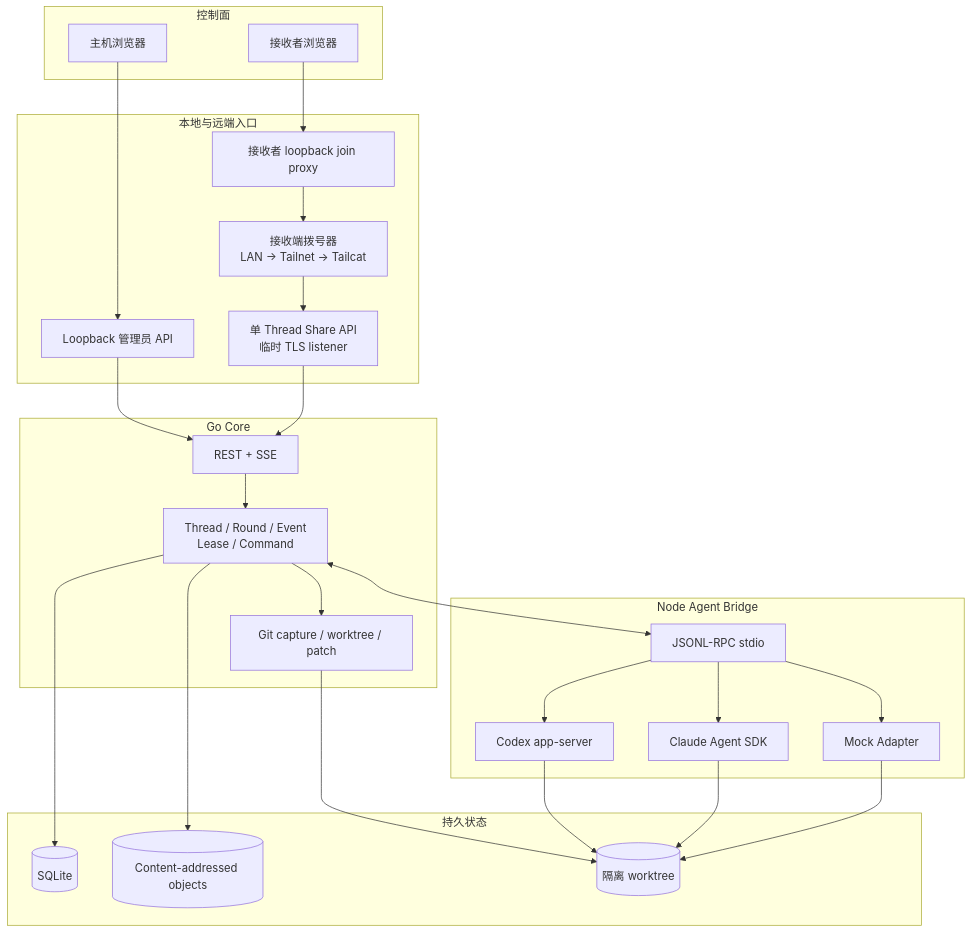
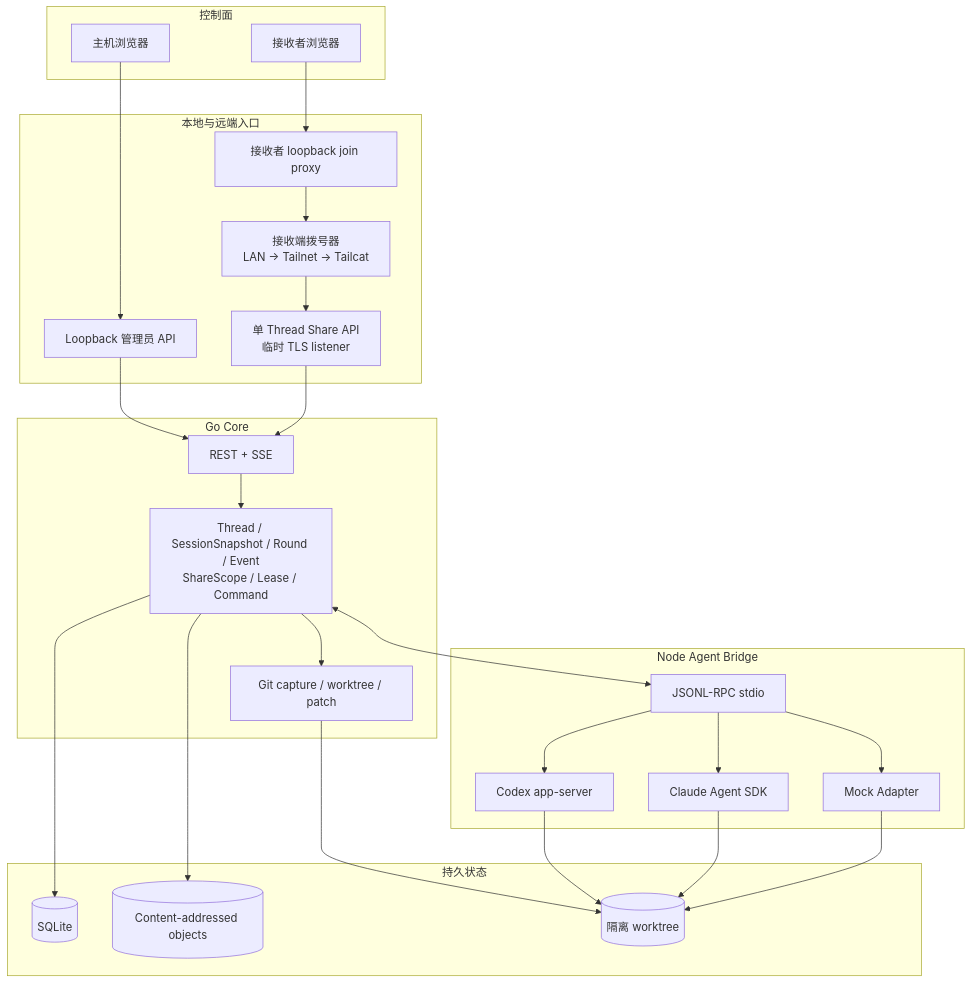
One commit to YTwsy/Team-Cross changed the second of 3 diagrams in docs/architecture.md. Above: the diagram before and after it, drawn with Mermaid. The commit also changed other lines of this file and 95 other files, not shown here.

````diff
--- a/docs/architecture.md
+++ b/docs/architecture.md
@@ -45,52 +52,52 @@
 ```mermaid
 flowchart TB
     subgraph UI[控制面]
         HO[主机浏览器]
         RO[接收者浏览器]
     end
 
     subgraph ENTRY[本地与远端入口]
         ADMIN[Loopback 管理员 API]
         PROXY[接收者 loopback join proxy]
         ROUTE[接收端拨号器<br/>LAN → Tailnet → Tailcat]
         SHARE[单 Thread Share API<br/>临时 TLS listener]
     end
 
     subgraph CORE[Go Core]
         HTTP[REST + SSE]
-        MODEL[Thread / Round / Event<br/>Lease / Command]
+        MODEL[Thread / SessionSnapshot / Round / Event<br/>ShareScope / Lease / Command]
         GIT[Git capture / worktree / patch]
     end
 
     subgraph STATE[持久状态]
         DB[(SQLite)]
         CAS[(Content-addressed objects)]
         WT[(隔离 worktree)]
     end
 
     subgraph AGENT[Node Agent Bridge]
         RPC[JSONL-RPC stdio]
         CODEX[Codex app-server]
         CLAUDE[Claude Agent SDK]
         MOCK[Mock Adapter]
     end
 
     HO --> ADMIN
     RO --> PROXY
     PROXY --> ROUTE
     ROUTE --> SHARE
     ADMIN --> HTTP
     SHARE --> HTTP
     HTTP --> MODEL
     MODEL --> DB
     MODEL --> CAS
     MODEL --> GIT
     GIT --> WT
     MODEL <--> RPC
     RPC --> CODEX
     RPC --> CLAUDE
     RPC --> MOCK
     CODEX --> WT
     CLAUDE --> WT
     MOCK --> WT
 ```
````
